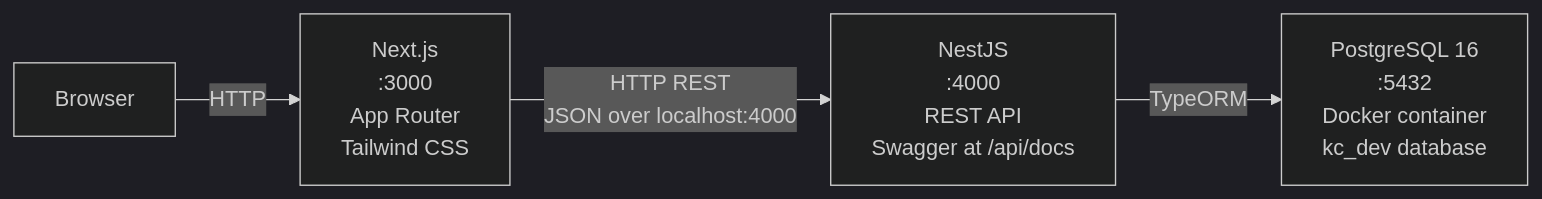
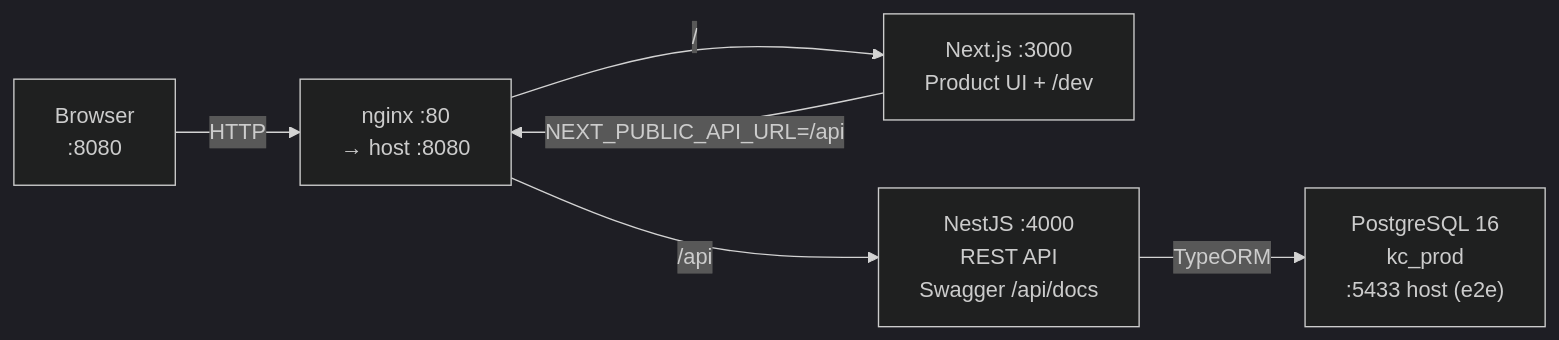
One commit to KLJr-Dev/KC-Project changed the first of 2 diagrams in docs/diagrams/system-architecture.md. Above: the diagram before and after it, drawn with Mermaid (dark theme). The commit also changed other lines of this file and 153 other files, not shown here.

````diff
--- a/docs/diagrams/system-architecture.md
+++ b/docs/diagrams/system-architecture.md
@@ -11,11 +11,14 @@
 ```mermaid
 flowchart LR
-  Browser["Browser"]
-  Frontend["Next.js\n:3000\nApp Router\nTailwind CSS"]
-  Backend["NestJS\n:4000\nREST API\nSwagger at /api/docs"]
-  PG["PostgreSQL 16\n:5432\nDocker container\nkc_dev database"]
+  Browser["Browser\n:8080"]
+  Nginx["nginx :80\n→ host :8080"]
+  Frontend["Next.js :3000\nProduct UI + /dev"]
+  Backend["NestJS :4000\nREST API\nSwagger /api/docs"]
+  PG["PostgreSQL 16\nkc_prod\n:5433 host (e2e)"]
 
-  Browser -->|"HTTP"| Frontend
-  Frontend -->|"HTTP REST\nJSON over localhost:4000"| Backend
+  Browser -->|"HTTP"| Nginx
+  Nginx -->|"/"| Frontend
+  Nginx -->|"/api"| Backend
+  Frontend -->|"NEXT_PUBLIC_API_URL=/api"| Nginx
   Backend -->|"TypeORM"| PG
 ```
````
